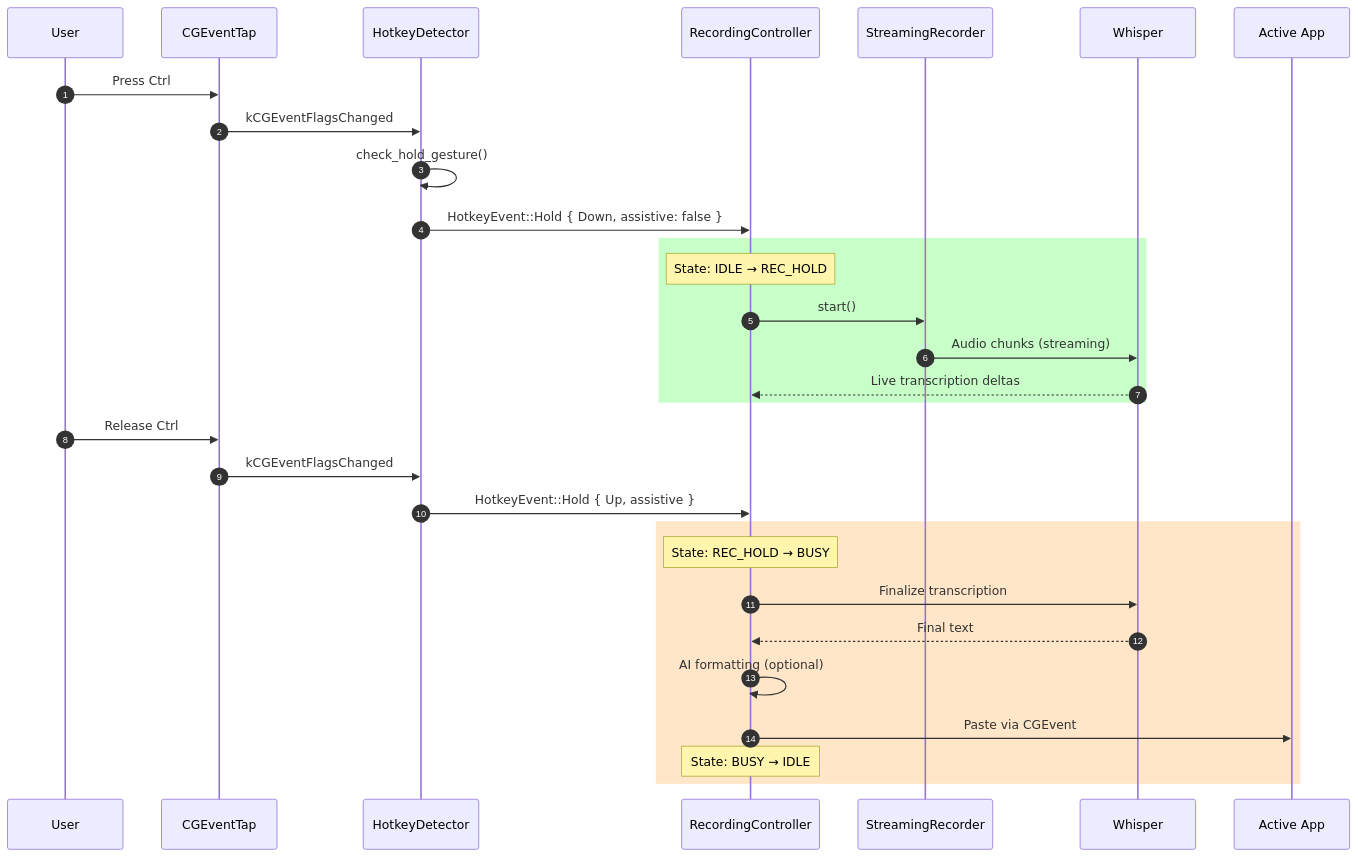
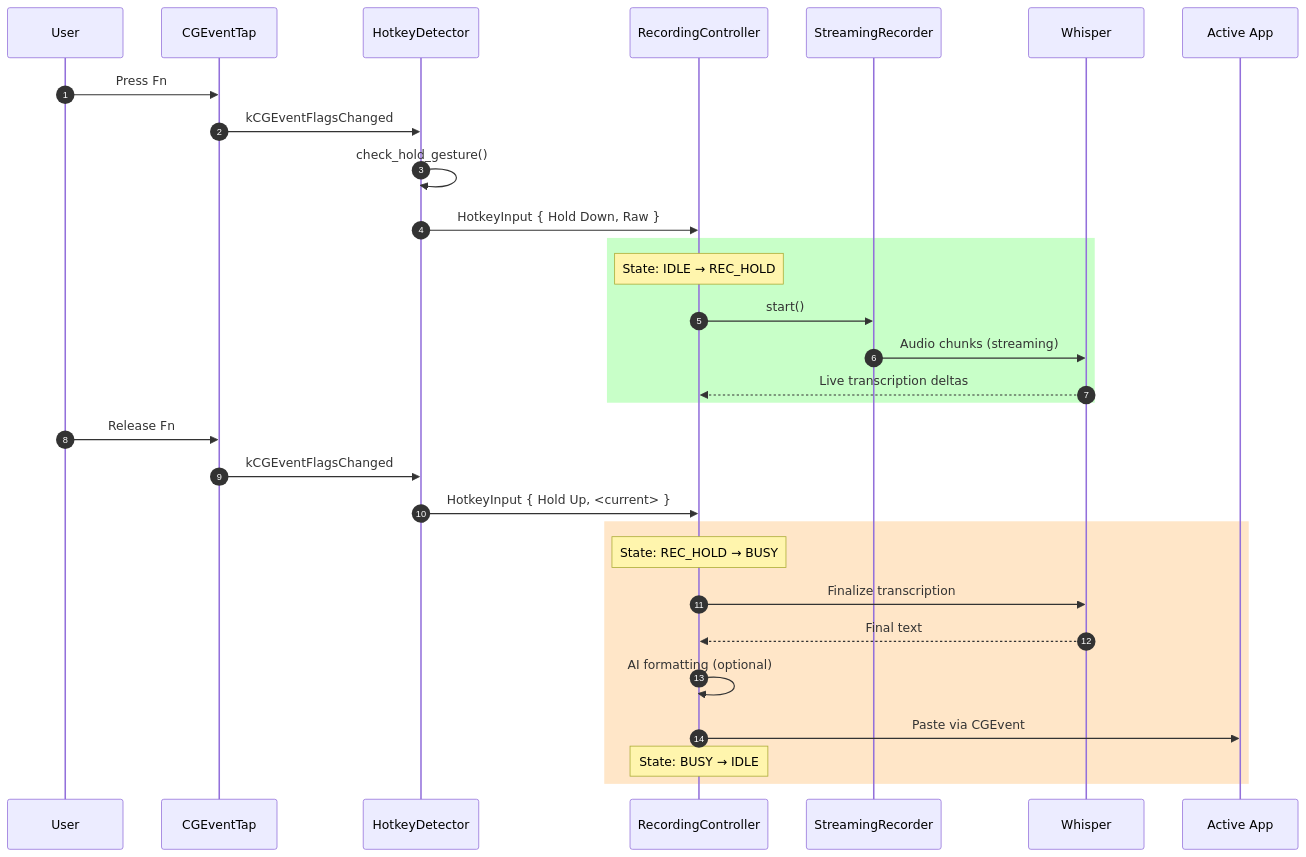
The fourth of 6 diagrams in docs/HOTKEYS_CONTRACT.md (vetcoders/codescribe), drawn with Mermaid before and after one commit. The commit also changed other lines of this file and 14 other files, not shown here.

````diff
--- a/docs/HOTKEYS_CONTRACT.md
+++ b/docs/HOTKEYS_CONTRACT.md
@@ -226,36 +217,36 @@
 ```mermaid
 sequenceDiagram
     autonumber
     participant User
     participant CGEventTap
     participant HotkeyDetector
     participant Controller as RecordingController
     participant Recorder as StreamingRecorder
     participant Whisper
     participant App as Active App
 
-    User->>CGEventTap: Press Ctrl
+    User->>CGEventTap: Press Fn
     CGEventTap->>HotkeyDetector: kCGEventFlagsChanged
     HotkeyDetector->>HotkeyDetector: check_hold_gesture()
-    HotkeyDetector->>Controller: HotkeyEvent::Hold { Down, assistive: false }
+    HotkeyDetector->>Controller: HotkeyInput { Hold Down, Raw }
 
     rect rgb(200, 255, 200)
         Note over Controller: State: IDLE → REC_HOLD
         Controller->>Recorder: start()
         Recorder->>Whisper: Audio chunks (streaming)
         Whisper-->>Controller: Live transcription deltas
     end
 
-    User->>CGEventTap: Release Ctrl
+    User->>CGEventTap: Release Fn
     CGEventTap->>HotkeyDetector: kCGEventFlagsChanged
-    HotkeyDetector->>Controller: HotkeyEvent::Hold { Up, assistive }
+    HotkeyDetector->>Controller: HotkeyInput { Hold Up, <current> }
 
     rect rgb(255, 230, 200)
         Note over Controller: State: REC_HOLD → BUSY
         Controller->>Whisper: Finalize transcription
         Whisper-->>Controller: Final text
         Controller->>Controller: AI formatting (optional)
         Controller->>App: Paste via CGEvent
         Note over Controller: State: BUSY → IDLE
     end
 ```
````
